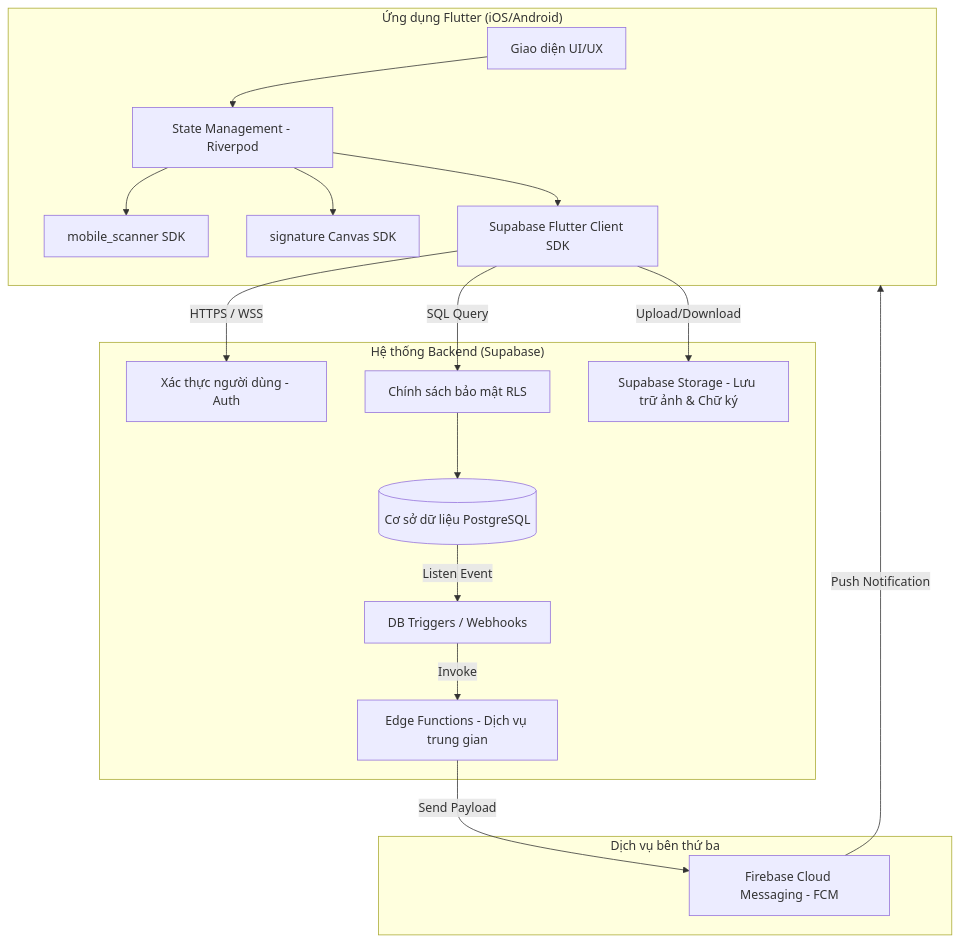
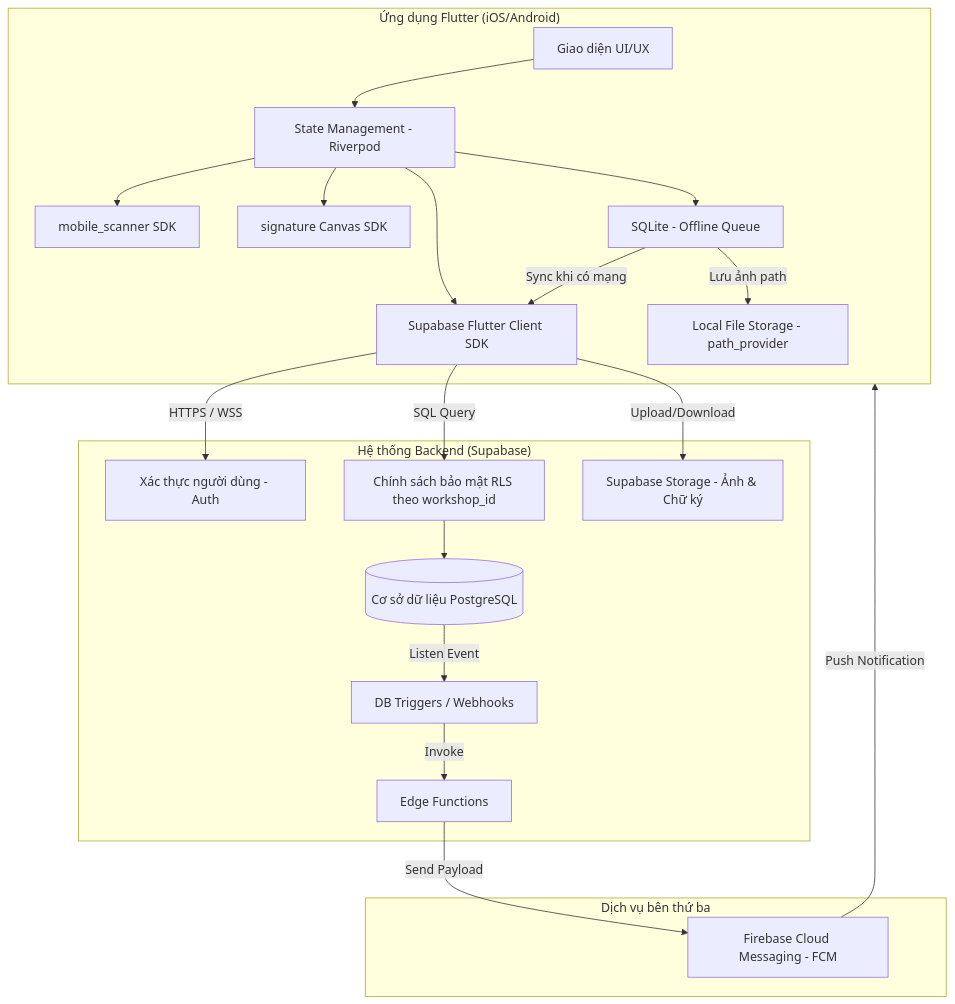
Before and after one commit to pvduy23052005/cse441-mobile-asset-track: diagram 11 of 11 in system_design.md, drawn with Mermaid. The commit also changed other lines of this file and 1 other file, not shown here.

````diff
--- a/system_design.md
+++ b/system_design.md
@@ -340,38 +446,43 @@
 ```mermaid
 graph TD
     subgraph Client_App ["Ứng dụng Flutter (iOS/Android)"]
         UI[Giao diện UI/UX]
         Riverpod[State Management - Riverpod]
         Scanner[mobile_scanner SDK]
         SigCanvas[signature Canvas SDK]
         ClientSDK[Supabase Flutter Client SDK]
+        SQLiteQ[SQLite - Offline Queue]
+        LocalFS[Local File Storage - path_provider]
     end
 
     subgraph Supabase_BaaS ["Hệ thống Backend (Supabase)"]
         Auth[Xác thực người dùng - Auth]
         DB[(Cơ sở dữ liệu PostgreSQL)]
-        RLS[Chính sách bảo mật RLS]
-        Storage[Supabase Storage - Lưu trữ ảnh & Chữ ký]
+        RLS[Chính sách bảo mật RLS theo workshop_id]
+        Storage[Supabase Storage - Ảnh & Chữ ký]
         Triggers[DB Triggers / Webhooks]
-        EdgeFunc[Edge Functions - Dịch vụ trung gian]
+        EdgeFunc[Edge Functions]
     end
 
     subgraph External_Services ["Dịch vụ bên thứ ba"]
         FCM[Firebase Cloud Messaging - FCM]
     end
 
     UI --> Riverpod
     Riverpod --> Scanner
     Riverpod --> SigCanvas
     Riverpod --> ClientSDK
+    Riverpod --> SQLiteQ
+    SQLiteQ -->|Lưu ảnh path| LocalFS
+    SQLiteQ -->|Sync khi có mạng| ClientSDK
 
     ClientSDK -->|HTTPS / WSS| Auth
     ClientSDK -->|SQL Query| RLS
     RLS --> DB
     ClientSDK -->|Upload/Download| Storage
 
     DB -->|Listen Event| Triggers
     Triggers -->|Invoke| EdgeFunc
     EdgeFunc -->|Send Payload| FCM
     FCM -->|Push Notification| Client_App
 ```
````
